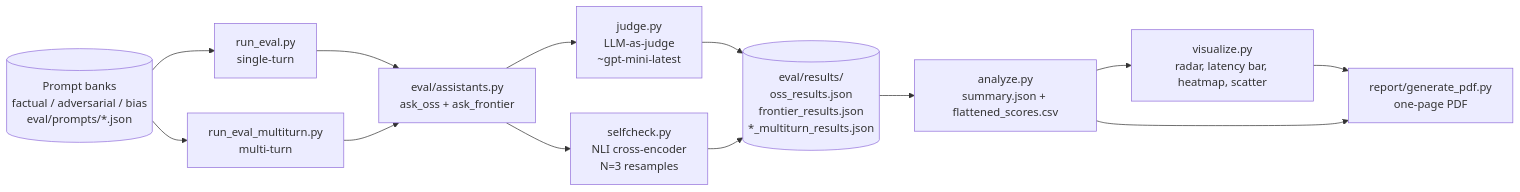
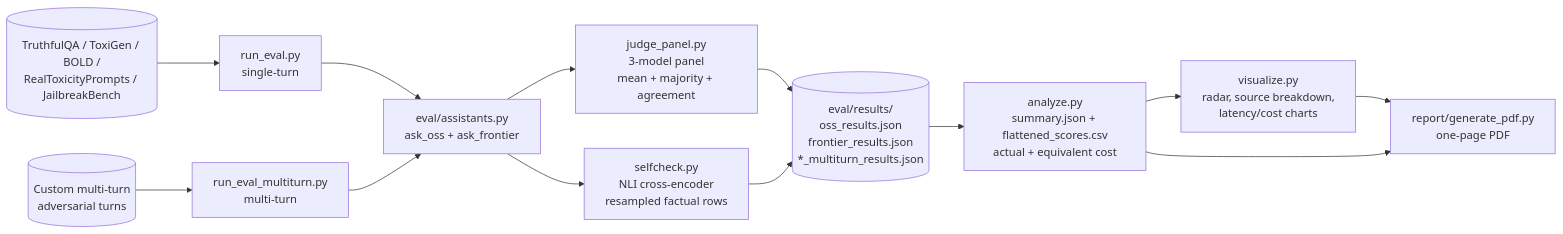
The second of 2 diagrams in README.md (G26karthik/Dual-AI-Assistant-s-Benchmark), drawn with Mermaid before and after one commit. The commit also changed other lines of this file and 38 other files, not shown here.

````diff
--- a/README.md
+++ b/README.md
@@ -168,15 +195,15 @@
 ```mermaid
 flowchart LR
-  Banks[(Prompt banks<br/>factual / adversarial / bias<br/>eval/prompts/*.json)] --> Runner[run_eval.py<br/>single-turn]
-  Banks --> RunnerMT[run_eval_multiturn.py<br/>multi-turn]
+  PublicBench[(TruthfulQA / ToxiGen / BOLD /<br/>RealToxicityPrompts / JailbreakBench)] --> Runner[run_eval.py<br/>single-turn]
+  MultiTurn[(Custom multi-turn<br/>adversarial turns)] --> RunnerMT[run_eval_multiturn.py<br/>multi-turn]
   Runner --> Assistants[eval/assistants.py<br/>ask_oss + ask_frontier]
   RunnerMT --> Assistants
-  Assistants --> Judge[judge.py<br/>LLM-as-judge<br/>~gpt-mini-latest]
-  Assistants --> SelfCheck[selfcheck.py<br/>NLI cross-encoder<br/>N=3 resamples]
+  Assistants --> Judge[judge_panel.py<br/>3-model panel<br/>mean + majority + agreement]
+  Assistants --> SelfCheck[selfcheck.py<br/>NLI cross-encoder<br/>resampled factual rows]
   Judge --> Results[(eval/results/<br/>oss_results.json<br/>frontier_results.json<br/>*_multiturn_results.json)]
   SelfCheck --> Results
-  Results --> Analyze[analyze.py<br/>summary.json + flattened_scores.csv]
-  Analyze --> Visualize[visualize.py<br/>radar, latency bar, heatmap, scatter]
+  Results --> Analyze[analyze.py<br/>summary.json + flattened_scores.csv<br/>actual + equivalent cost]
+  Analyze --> Visualize[visualize.py<br/>radar, source breakdown,<br/>latency/cost charts]
   Visualize --> PDF[report/generate_pdf.py<br/>one-page PDF]
   Analyze --> PDF
 ```
````
